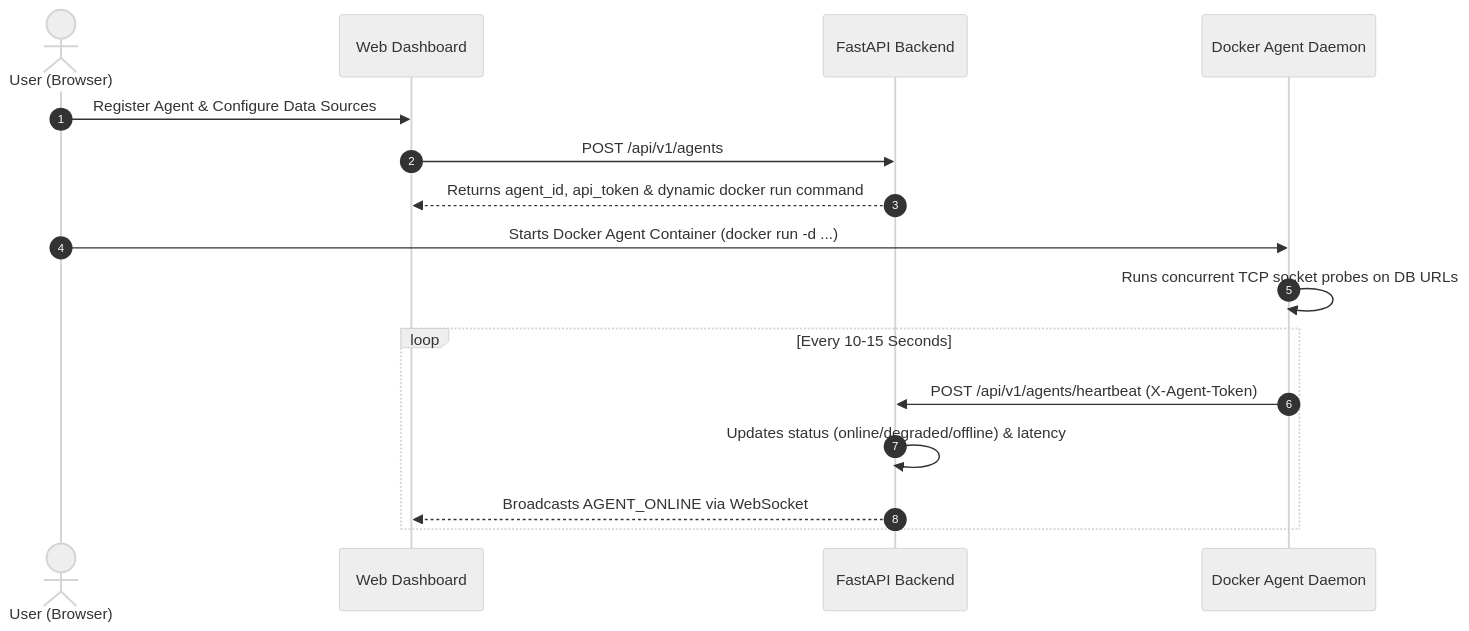
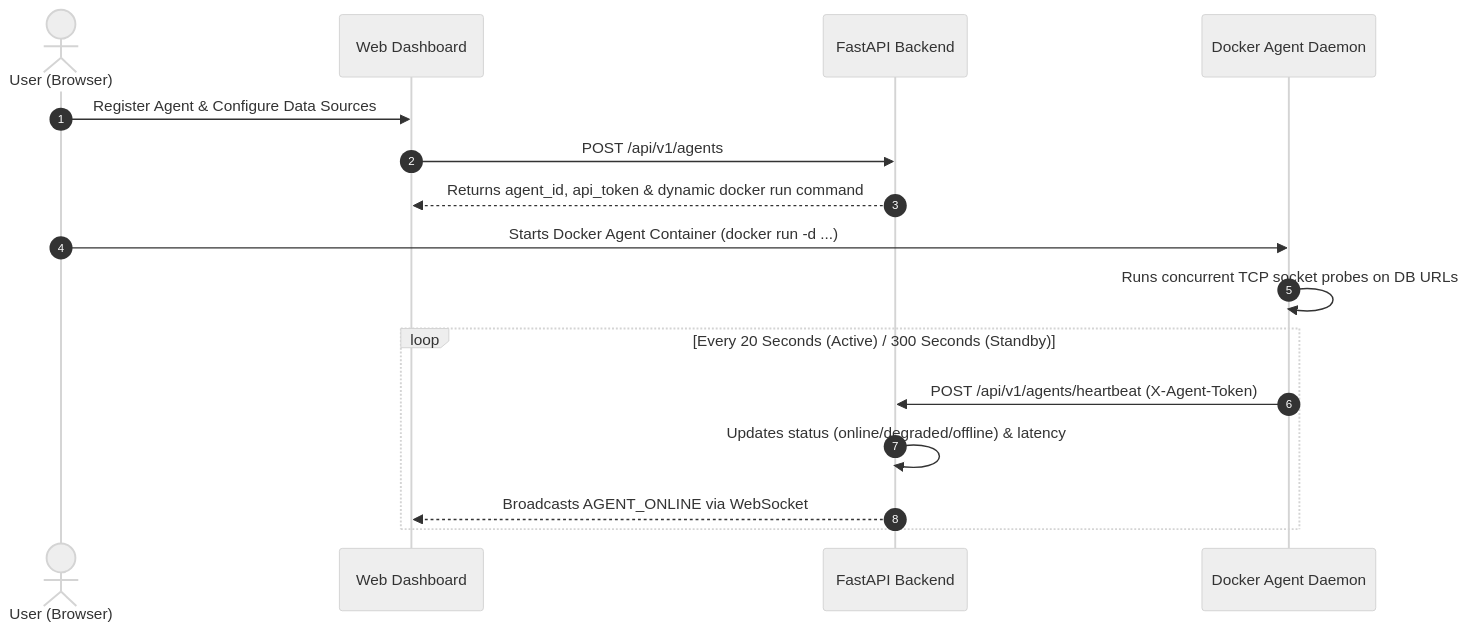
Before and after one commit to neelmaru123/migraflow: the first of 5 diagrams in docs/ARCHITECTURE.md, drawn with Mermaid (neutral theme). The commit also changed other lines of this file and 10 other files, not shown here.

````diff
--- a/docs/ARCHITECTURE.md
+++ b/docs/ARCHITECTURE.md
@@ -148,19 +152,19 @@
 ```mermaid
 sequenceDiagram
     autonumber
     actor User as User (Browser)
     participant UI as Web Dashboard
     participant API as FastAPI Backend
     participant Agent as Docker Agent Daemon
 
     User->>UI: Register Agent & Configure Data Sources
     UI->>API: POST /api/v1/agents
     API-->>UI: Returns agent_id, api_token & dynamic docker run command
     User->>Agent: Starts Docker Agent Container (docker run -d ...)
     Agent->>Agent: Runs concurrent TCP socket probes on DB URLs
-    loop Every 10-15 Seconds
+    loop Every 20 Seconds (Active) / 300 Seconds (Standby)
         Agent->>API: POST /api/v1/agents/heartbeat (X-Agent-Token)
         API->>API: Updates status (online/degraded/offline) & latency
         API-->>UI: Broadcasts AGENT_ONLINE via WebSocket
     end
 ```
````
